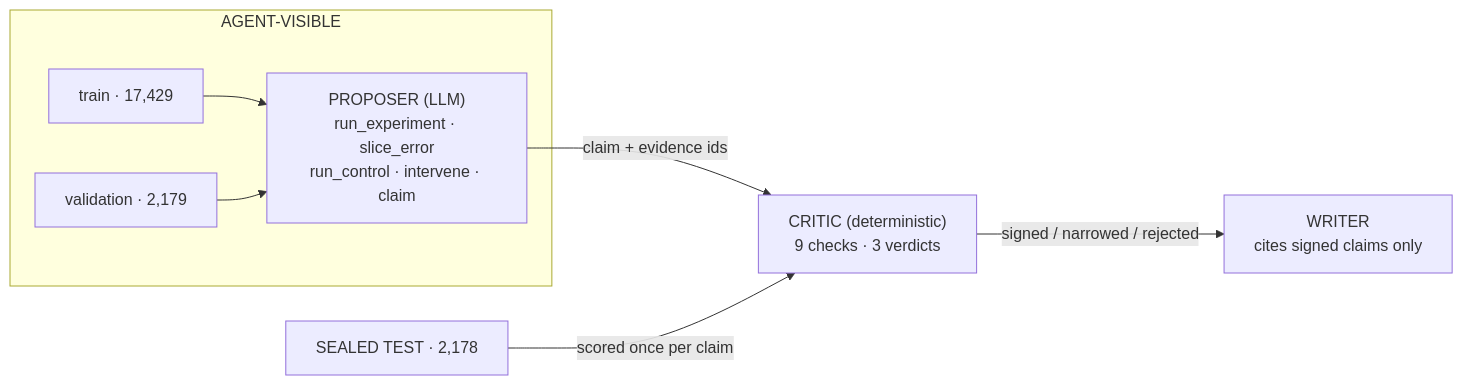
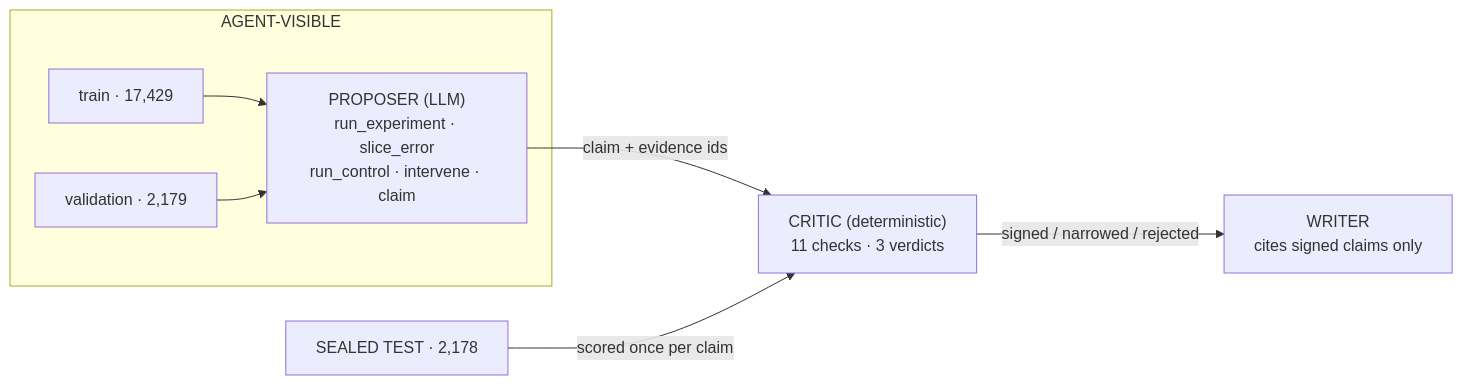
Before and after one commit to stepanyanraffi15-cyber/qm8-research-harness: the diagram in README.md, drawn with Mermaid. The commit also changed other lines of this file and 1 other file, not shown here.

````diff
--- a/README.md
+++ b/README.md
@@ -108,14 +108,14 @@
 ```mermaid
 flowchart LR
   subgraph AV["AGENT-VISIBLE"]
     TR["train · 17,429"] --> P["PROPOSER (LLM)
 run_experiment · slice_error
 run_control · intervene · claim"]
     VA["validation · 2,179"] --> P
   end
   P -- "claim + evidence ids" --> C["CRITIC (deterministic)
-9 checks · 3 verdicts"]
+11 checks · 3 verdicts"]
   ST["SEALED TEST · 2,178"] -- "scored once per claim" --> C
   C -- "signed / narrowed / rejected" --> W["WRITER
 cites signed claims only"]
 ```
````
